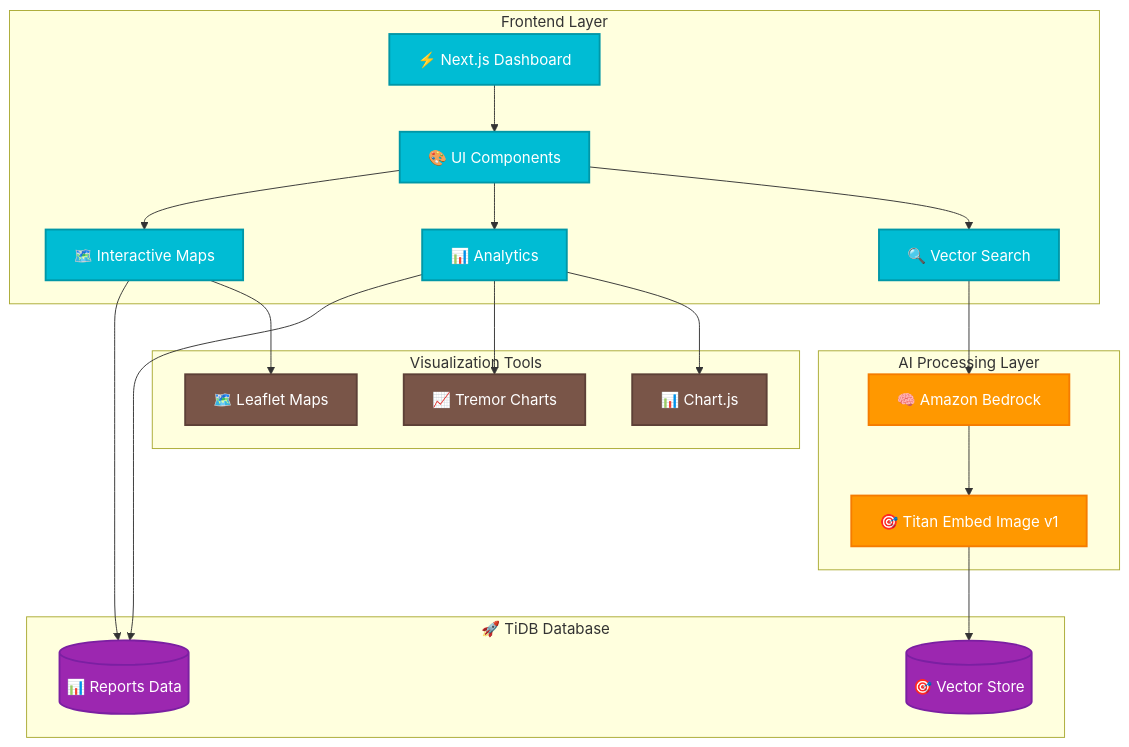
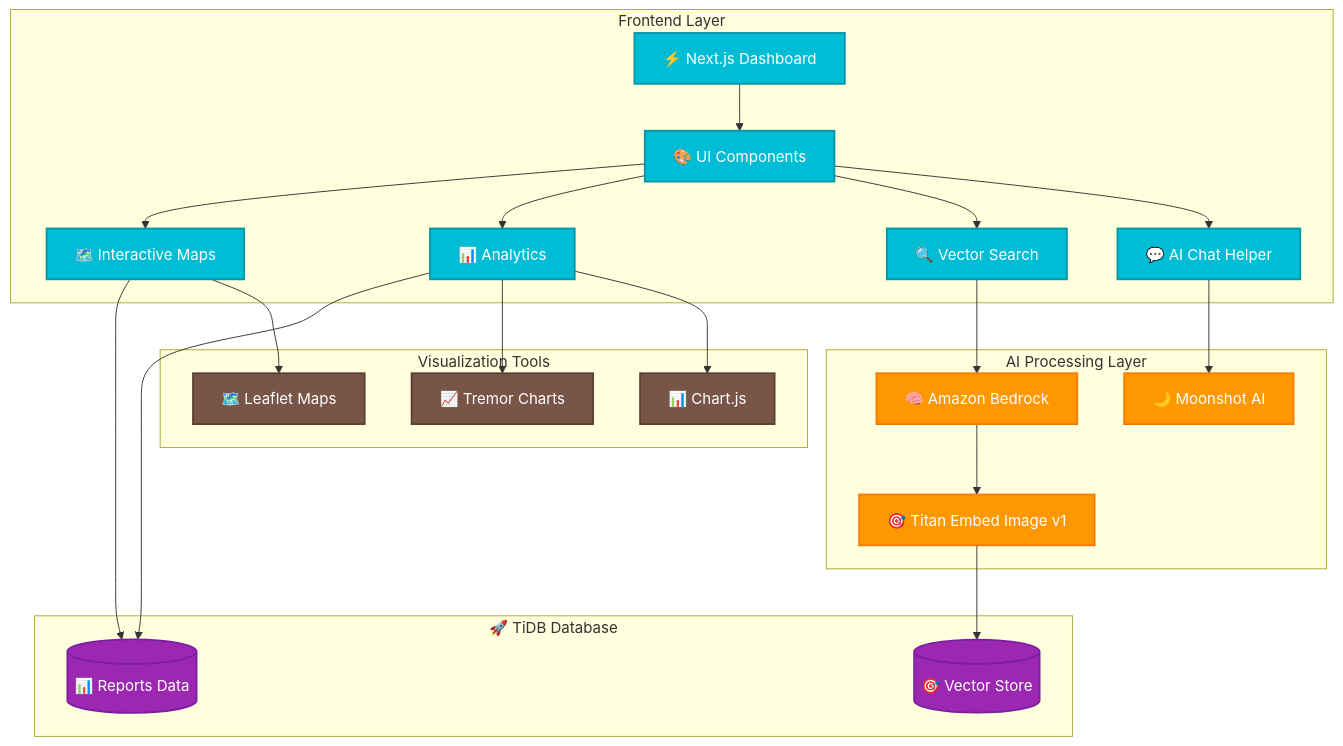
One commit to ajitonelsonn/EcoLafaek changed the first of 3 diagrams in ecolafaek_public_dahboard/README.md. Above: the diagram before and after it, drawn with Mermaid. The commit also changed other lines of this file and 2 other files, not shown here.

````diff
--- a/ecolafaek_public_dahboard/README.md
+++ b/ecolafaek_public_dahboard/README.md
@@ -69,54 +70,58 @@
 ```mermaid
 flowchart TB
     subgraph "Frontend Layer"
         NEXT[⚡ Next.js Dashboard]
         COMP[🎨 UI Components]
         MAPS[🗺️ Interactive Maps]
         CHARTS[📊 Analytics]
         VECTOR[🔍 Vector Search]
+        CHAT[💬 AI Chat Helper]
     end
 
     subgraph "AI Processing Layer"
         BEDROCK[🧠 Amazon Bedrock]
         TITAN[🎯 Titan Embed Image v1]
+        MOONSHOT[🌙 Moonshot AI]
     end
 
     subgraph "🚀 TiDB Database"
         TIDB[(📊 Reports Data)]
         VECTORS[(🎯 Vector Store)]
     end
 
     subgraph "Visualization Tools"
         LEAFLET[🗺️ Leaflet Maps]
         TREMOR[📈 Tremor Charts]
         CHARTJS[📊 Chart.js]
     end
 
     %% Data Flow
     NEXT --> COMP
     COMP --> MAPS
     COMP --> CHARTS
     COMP --> VECTOR
+    COMP --> CHAT
 
     VECTOR --> BEDROCK
+    CHAT --> MOONSHOT
     BEDROCK --> TITAN
     TITAN --> VECTORS
 
     CHARTS --> TIDB
     MAPS --> TIDB
 
     MAPS --> LEAFLET
     CHARTS --> TREMOR
     CHARTS --> CHARTJS
 
     %% Styling
     classDef ai fill:#FF9800,stroke:#F57C00,stroke-width:2px,color:white
     classDef database fill:#9C27B0,stroke:#7B1FA2,stroke-width:2px,color:white
     classDef frontend fill:#00BCD4,stroke:#0097A7,stroke-width:2px,color:white
     classDef viz fill:#795548,stroke:#5D4037,stroke-width:2px,color:white
 
-    class BEDROCK,TITAN ai
+    class BEDROCK,TITAN,MOONSHOT ai
     class TIDB,VECTORS database
-    class NEXT,COMP,MAPS,CHARTS,VECTOR frontend
+    class NEXT,COMP,MAPS,CHARTS,VECTOR,CHAT frontend
     class LEAFLET,TREMOR,CHARTJS viz
 ```
````
